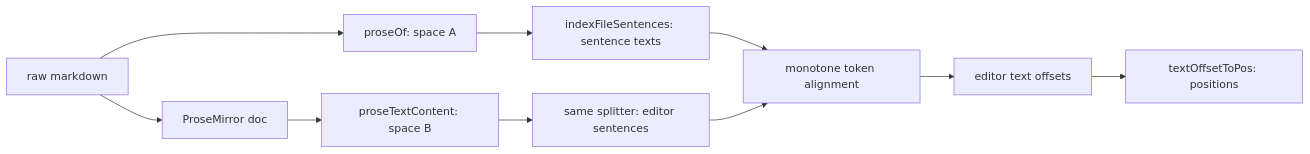
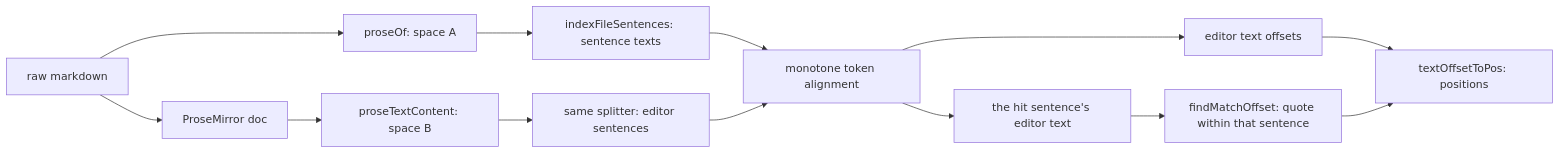
Before and after one commit to mdijkstra-oss/nabu-frontend: the diagram in docs/specs/2026-08-11-02-region-finder/editor-regions.md, drawn with Mermaid. The commit also changed other lines of this file and 1 other file, not shown here.

````diff
--- a/docs/specs/2026-08-11-02-region-finder/editor-regions.md
+++ b/docs/specs/2026-08-11-02-region-finder/editor-regions.md
@@ -48,12 +50,15 @@
 ```mermaid
 flowchart LR
   raw["raw markdown"] --> A["proseOf: space A"]
   A --> rows["indexFileSentences: sentence texts"]
   raw --> doc["ProseMirror doc"]
   doc --> B["proseTextContent: space B"]
   B --> erows["same splitter: editor sentences"]
   rows --> align["monotone token alignment"]
   erows --> align
   align --> off["editor text offsets"]
+  align --> hit["the hit sentence's editor text"]
+  hit --> quote["findMatchOffset: quote within that sentence"]
   off --> pos["textOffsetToPos: positions"]
+  quote --> pos
 ```
````
